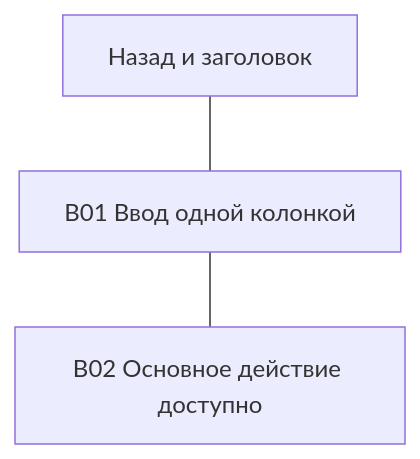
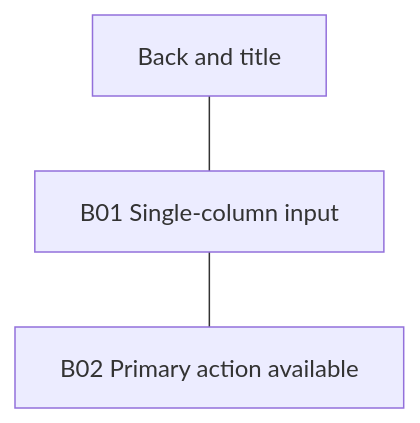
One commit to zxc0zxc0zxc/palarran-framework changed the second of 3 diagrams in templates/ux/screen.md. Above: the diagram before and after it, drawn with Mermaid. The commit also changed other lines of this file and 783 other files, not shown here.

````diff
--- a/templates/ux/screen.md
+++ b/templates/ux/screen.md
@@ -28,5 +28,5 @@
 ```mermaid
 flowchart TB
-  H["Назад и заголовок"] --- B01["B01 Ввод одной колонкой"]
-  B01 --- B02["B02 Основное действие доступно"]
+  H["Back and title"] --- B01["B01 Single-column input"]
+  B01 --- B02["B02 Primary action available"]
 ```
````
